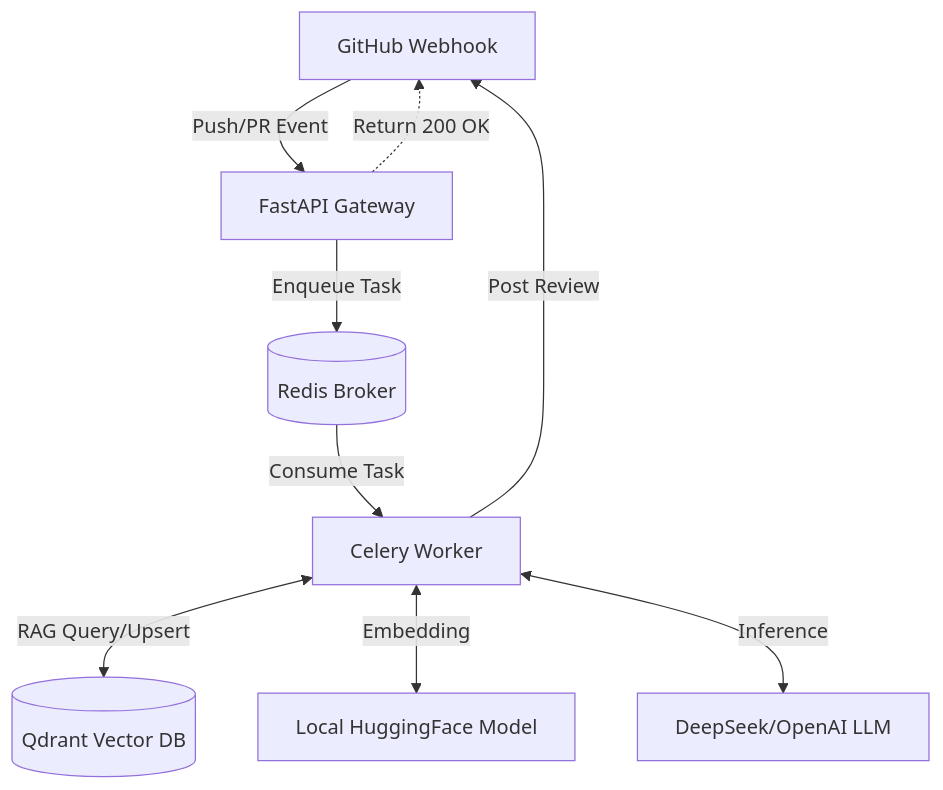
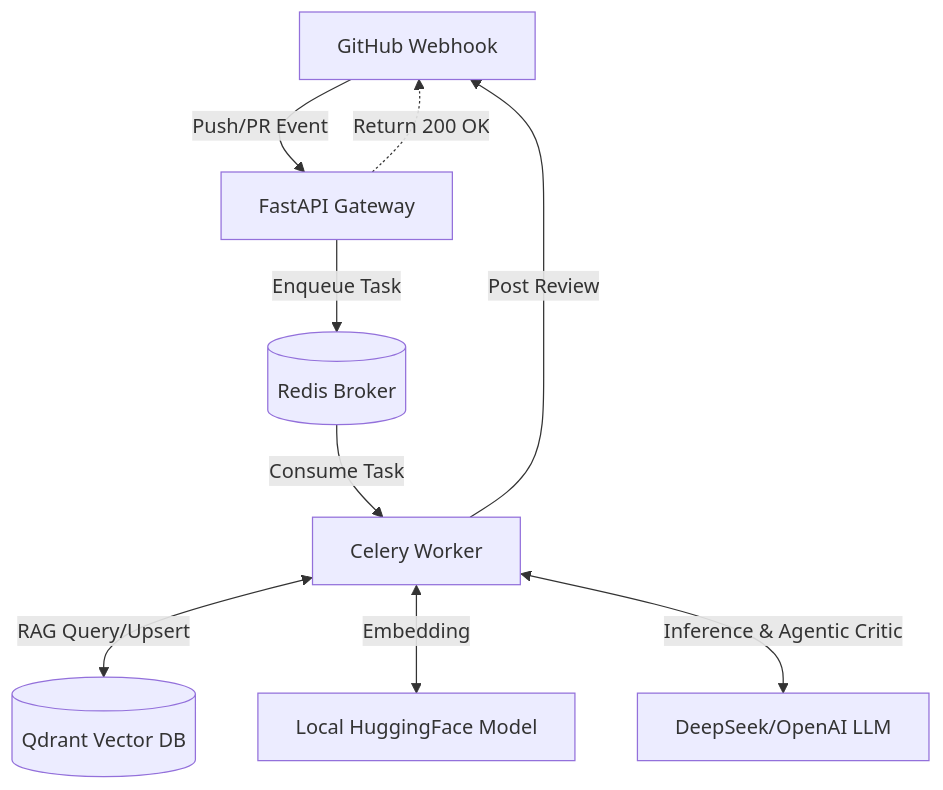
Before and after one commit to Yuhang-dev/CodeReviewer: the diagram in README.md, drawn with Mermaid. The commit also changed other lines of this file, not shown here.

````diff
--- a/README.md
+++ b/README.md
@@ -31,11 +66,11 @@
 ```mermaid
 graph TD;
     GitHub[GitHub Webhook] -->|Push/PR Event| API[FastAPI Gateway]
     API -->|Enqueue Task| Redis[(Redis Broker)]
     API -.->|Return 200 OK| GitHub
     Redis -->|Consume Task| Worker[Celery Worker]
     Worker <-->|RAG Query/Upsert| Qdrant[(Qdrant Vector DB)]
     Worker <-->|Embedding| LocalHF[Local HuggingFace Model]
-    Worker <-->|Inference| LLM[DeepSeek/OpenAI LLM]
+    Worker <-->|Inference & Agentic Critic| LLM[DeepSeek/OpenAI LLM]
     Worker -->|Post Review| GitHub
 ```
````
